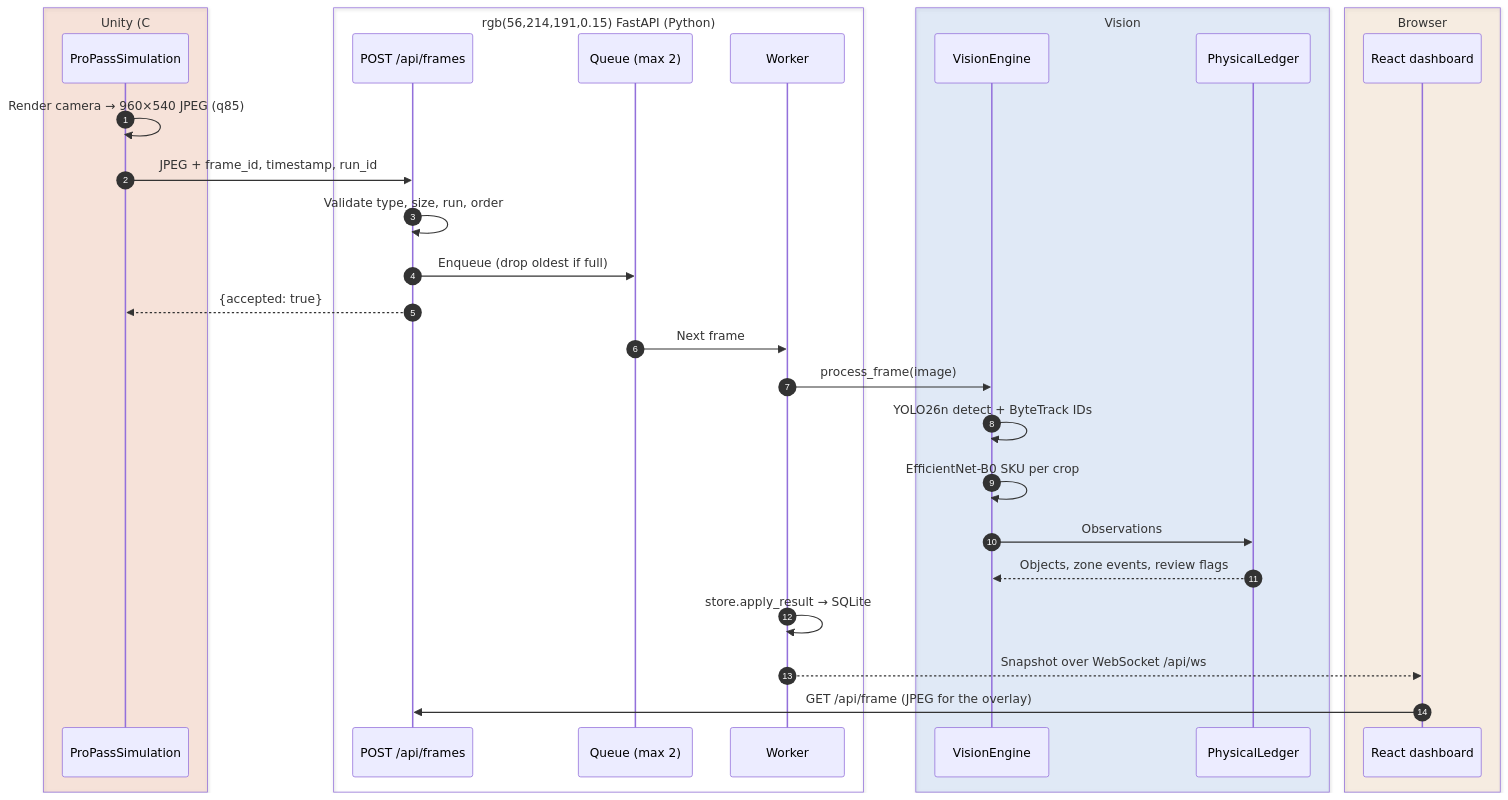
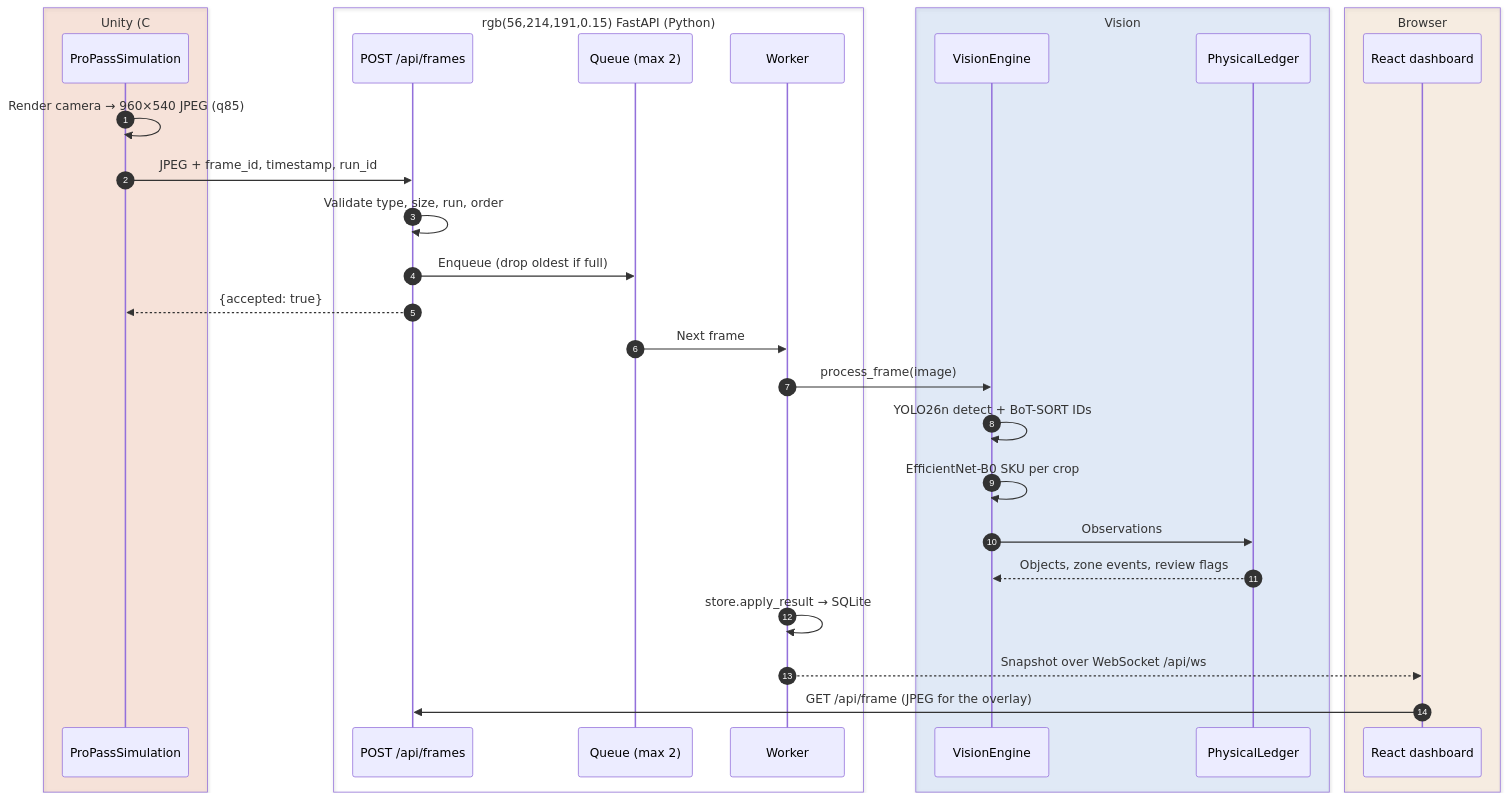
The first of 2 diagrams in docs/pipeline.md (dangermos/ProPass), drawn with Mermaid before and after one commit. The commit also changed 8 other files, not shown here.

````diff
--- a/docs/pipeline.md
+++ b/docs/pipeline.md
@@ -23,34 +23,34 @@
 ```mermaid
 sequenceDiagram
     autonumber
     box rgb(255,122,61,0.15) Unity (C#)
         participant U as ProPassSimulation
     end
     box rgb(56,214,191,0.15) FastAPI (Python)
         participant F as POST /api/frames
         participant Q as Queue (max 2)
         participant W as Worker
     end
     box rgb(106,168,255,0.15) Vision
         participant V as VisionEngine
         participant L as PhysicalLedger
     end
     box rgb(255,187,113,0.15) Browser
         participant R as React dashboard
     end
 
     U->>U: Render camera → 960×540 JPEG (q85)
     U->>F: JPEG + frame_id, timestamp, run_id
     F->>F: Validate type, size, run, order
     F->>Q: Enqueue (drop oldest if full)
     F-->>U: {accepted: true}
     Q->>W: Next frame
     W->>V: process_frame(image)
-    V->>V: YOLO26n detect + ByteTrack IDs
+    V->>V: YOLO26n detect + BoT-SORT IDs
     V->>V: EfficientNet-B0 SKU per crop
     V->>L: Observations
     L-->>V: Objects, zone events, review flags
     W->>W: store.apply_result → SQLite
     W-->>R: Snapshot over WebSocket /api/ws
     R->>F: GET /api/frame (JPEG for the overlay)
 ```
````
